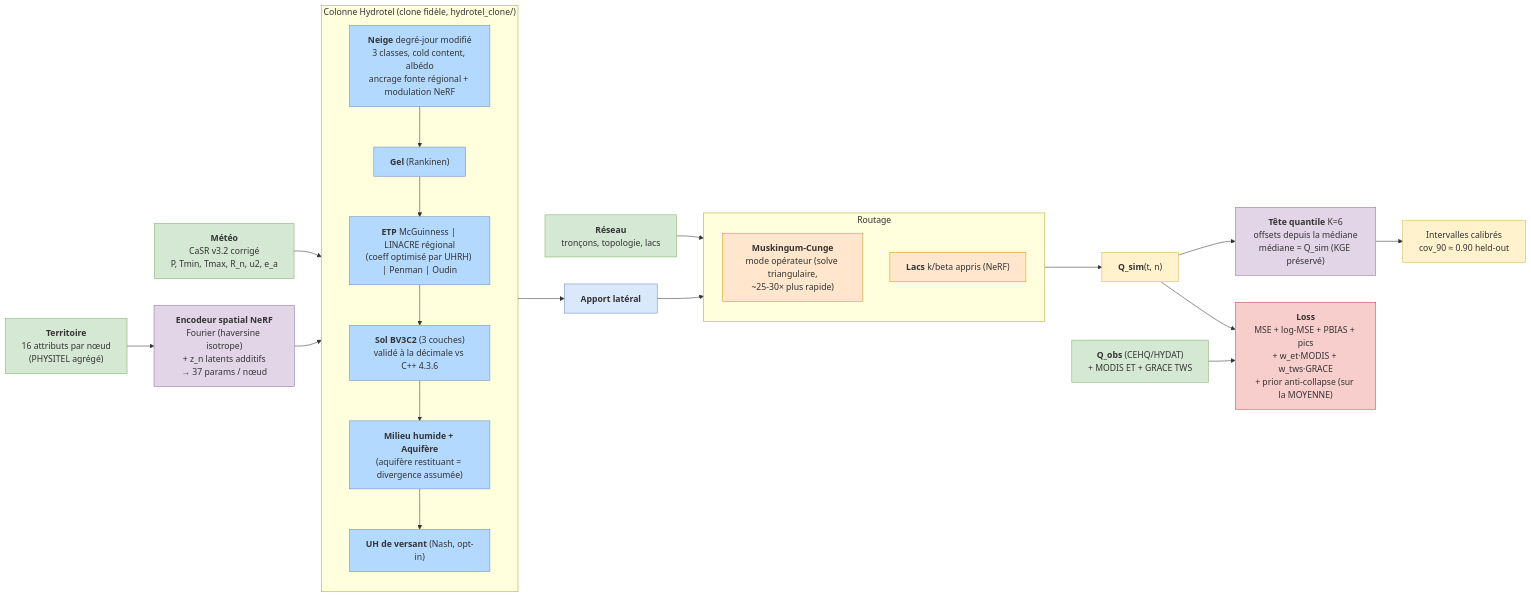
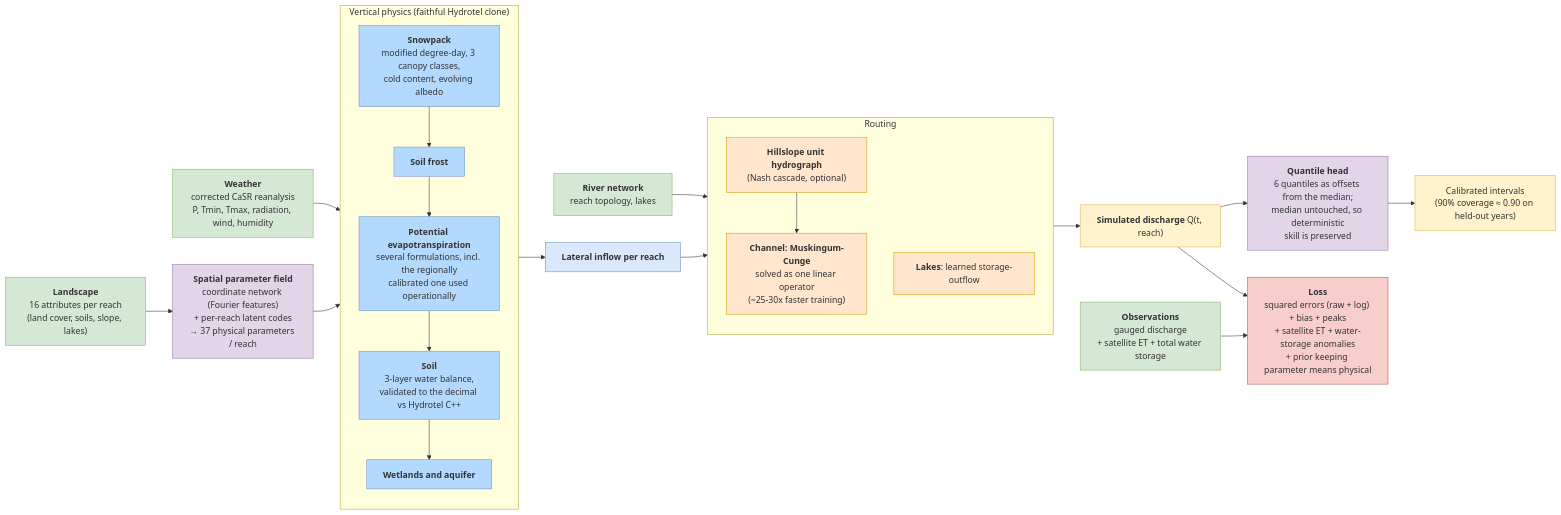
The diagram in docs/architecture.md (essicolo/meandre), drawn with Mermaid before and after one commit. The commit also changed other lines of this file, not shown here.

First line of the commit message:
architecture.md : version refaite depuis dev

````diff
--- a/docs/architecture.md
+++ b/docs/architecture.md
@@ -10,47 +11,48 @@
 ```mermaid
 flowchart LR
-    Met["<b>Météo</b><br/>CaSR v3.2 corrigé<br/>P, Tmin, Tmax, R_n, u2, e_a"]:::input
-    Pay["<b>Territoire</b><br/>16 attributs par nœud<br/>(PHYSITEL agrégé)"]:::input
-    Net["<b>Réseau</b><br/>tronçons, topologie, lacs"]:::input
-    Qobs["<b>Q_obs</b> (CEHQ/HYDAT)<br/>+ MODIS ET + GRACE TWS"]:::input
+    Met["<b>Weather</b><br/>corrected CaSR reanalysis<br/>P, Tmin, Tmax, radiation, wind, humidity"]:::input
+    Pay["<b>Landscape</b><br/>16 attributes per reach<br/>(land cover, soils, slope, lakes)"]:::input
+    Net["<b>River network</b><br/>reach topology, lakes"]:::input
+    Qobs["<b>Observations</b><br/>gauged discharge<br/>+ satellite ET + total water storage"]:::input
 
-    Pay --> SE["<b>Encodeur spatial NeRF</b><br/>Fourier (haversine isotrope)<br/>+ z_n latents additifs<br/>→ 37 params / nœud"]:::neural
+    Pay --> SE["<b>Spatial parameter field</b><br/>coordinate network (Fourier features)<br/>+ per-reach latent codes<br/>→ 37 physical parameters / reach"]:::neural
     Met --> VC
 
-    subgraph VC["Colonne Hydrotel (clone fidèle, hydrotel_clone/)"]
+    subgraph VC["Vertical physics (faithful Hydrotel clone)"]
         direction TB
-        Snow["<b>Neige</b> degré-jour modifié<br/>3 classes, cold content, albédo<br/>ancrage fonte régional + modulation NeRF"]:::physics
-        Frost["<b>Gel</b> (Rankinen)"]:::physics
-        ETm["<b>ETP</b> McGuinness | LINACRE régional<br/>(coeff optimisé par UHRH) | Penman | Oudin"]:::physics
-        Sol["<b>Sol BV3C2</b> (3 couches)<br/>validé à la décimale vs C++ 4.3.6"]:::physics
-        Aqu["<b>Milieu humide + Aquifère</b><br/>(aquifère restituant = divergence assumée)"]:::physics
-        UH["<b>UH de versant</b> (Nash, opt-in)"]:::physics
-        Snow --> Frost --> ETm --> Sol --> Aqu --> UH
+        Snow["<b>Snowpack</b><br/>modified degree-day, 3 canopy classes,<br/>cold content, evolving albedo"]:::physics
+        Frost["<b>Soil frost</b>"]:::physics
+        ETm["<b>Potential evapotranspiration</b><br/>several formulations, incl. the regionally<br/>calibrated one used operationally"]:::physics
+        Sol["<b>Soil</b><br/>3-layer water balance,<br/>validated to the decimal vs Hydrotel C++"]:::physics
+        Aqu["<b>Wetlands and aquifer</b>"]:::physics
+        Snow --> Frost --> ETm --> Sol --> Aqu
     end
 
     SE --> VC
-    VC --> Lat["<b>Apport latéral</b>"]:::flow
+    VC --> Lat["<b>Lateral inflow per reach</b>"]:::flow
     Net --> Route
     Lat --> Route
 
-    subgraph Route["Routage"]
+    subgraph Route["Routing"]
         direction TB
-        Musk["<b>Muskingum-Cunge</b><br/>mode opérateur (solve triangulaire,<br/>~25-30× plus rapide)"]:::routing
-        Lake["<b>Lacs</b> k/beta appris (NeRF)"]:::routing
+        UH["<b>Hillslope unit hydrograph</b><br/>(Nash cascade, optional)"]:::routing
+        Musk["<b>Channel: Muskingum-Cunge</b><br/>solved as one linear operator<br/>(~25-30x faster training)"]:::routing
+        Lake["<b>Lakes</b>: learned storage-outflow"]:::routing
+        UH --> Musk
     end
 
-    Route --> Qsim["<b>Q_sim</b>(t, n)"]:::output
-    Qsim --> QH["<b>Tête quantile</b> K=6<br/>offsets depuis la médiane<br/>médiane = Q_sim (KGE préservé)"]:::neural
-    QH --> Qint["Intervalles calibrés<br/>cov_90 ≈ 0.90 held-out"]:::output
+    Route --> Qsim["<b>Simulated discharge</b> Q(t, reach)"]:::output
+    Qsim --> QH["<b>Quantile head</b><br/>6 quantiles as offsets from the median;<br/>median untouched, so deterministic<br/>skill is preserved"]:::neural
+    QH --> Qint["Calibrated intervals<br/>(90% coverage ≈ 0.90 on held-out years)"]:::output
 
-    Qsim --> Loss["<b>Loss</b><br/>MSE + log-MSE + PBIAS + pics<br/>+ w_et·MODIS + w_tws·GRACE<br/>+ prior anti-collapse (sur la MOYENNE)"]:::loss
+    Qsim --> Loss["<b>Loss</b><br/>squared errors (raw + log) + bias + peaks<br/>+ satellite ET + water-storage anomalies<br/>+ prior keeping parameter means physical"]:::loss
     Qobs --> Loss
 
     classDef input fill:#d5e8d4,stroke:#82b366
     classDef neural fill:#e1d5e7,stroke:#9673a6
     classDef physics fill:#b3d9ff,stroke:#6c8ebf
     classDef flow fill:#dae8fc,stroke:#6c8ebf
     classDef routing fill:#ffe6cc,stroke:#d79b00
     classDef output fill:#fff2cc,stroke:#d6b656
     classDef loss fill:#f8cecc,stroke:#b85450
 ```
````
